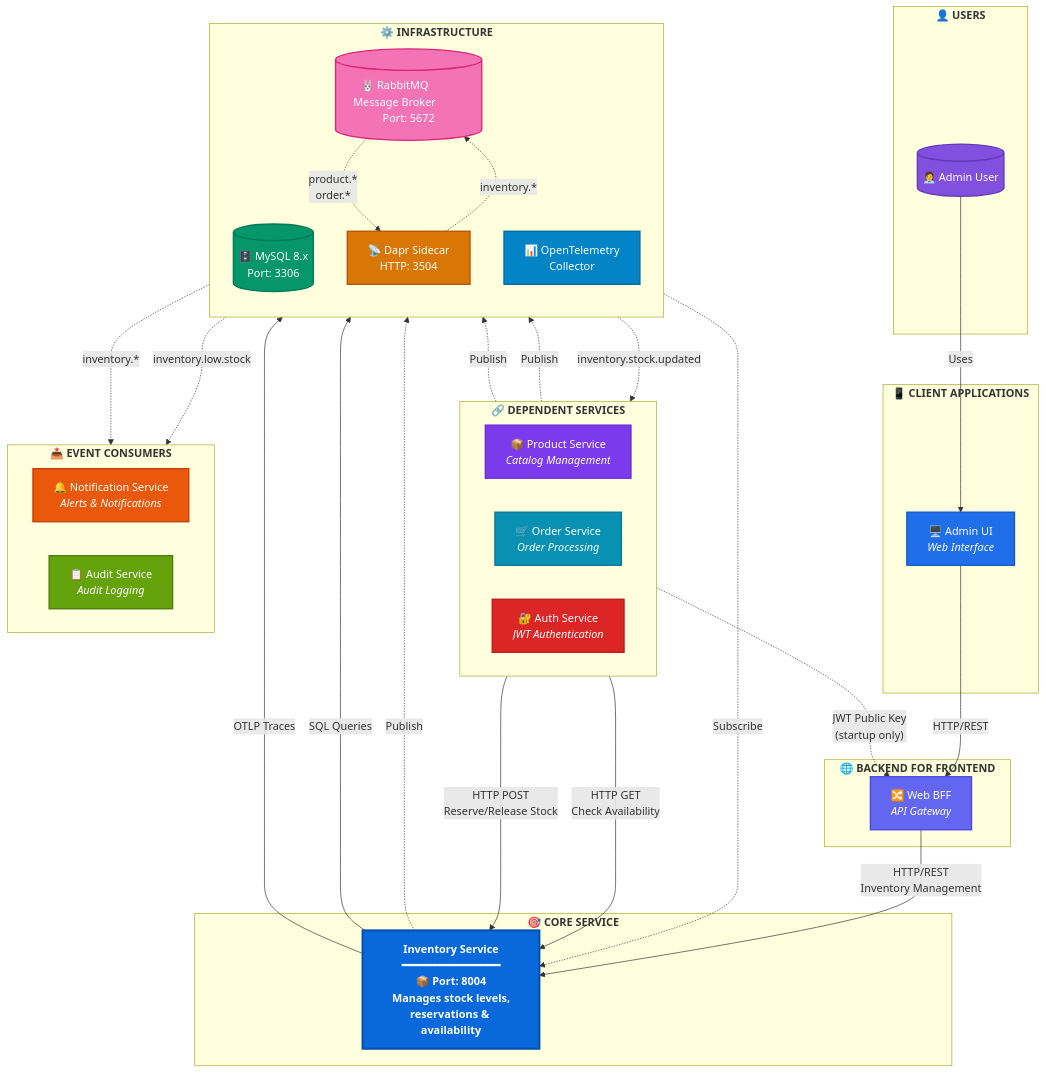
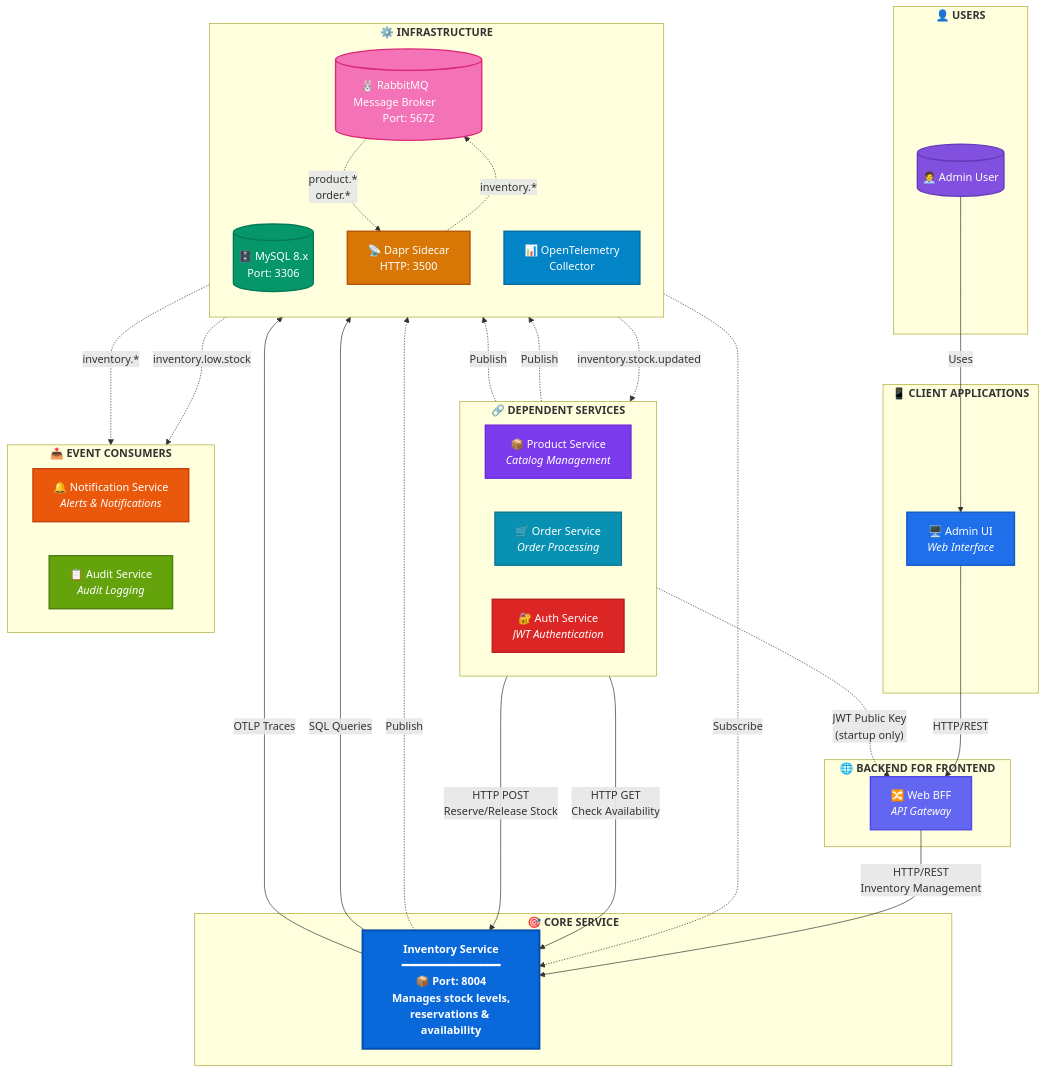
The first of 3 diagrams in docs/ARCHITECTURE.md (xshopai/inventory-service), drawn with Mermaid before and after one commit. The commit also changed other lines of this file and 5 other files, not shown here.

Commit message:
fix: Update Dapr HTTP and gRPC ports to standard values across configuration files

```diff
--- a/docs/ARCHITECTURE.md
+++ b/docs/ARCHITECTURE.md
@@ -203,7 +205,7 @@
         direction TB
         MySQL[("🗄️ MySQL 8.x<br/>Port: 3306")]
         RabbitMQ[("🐰 RabbitMQ &nbsp;&nbsp;&nbsp;&nbsp;&nbsp;&nbsp;&nbsp;&nbsp; Message Broker &nbsp;&nbsp;&nbsp;&nbsp;&nbsp;&nbsp;&nbsp;&nbsp; Port: 5672")]
-        Dapr["📡 Dapr Sidecar<br/>HTTP: 3504"]
+        Dapr["📡 Dapr Sidecar<br/>HTTP: 3500"]
         OTEL["📊 OpenTelemetry<br/>Collector"]
     end
 
```
